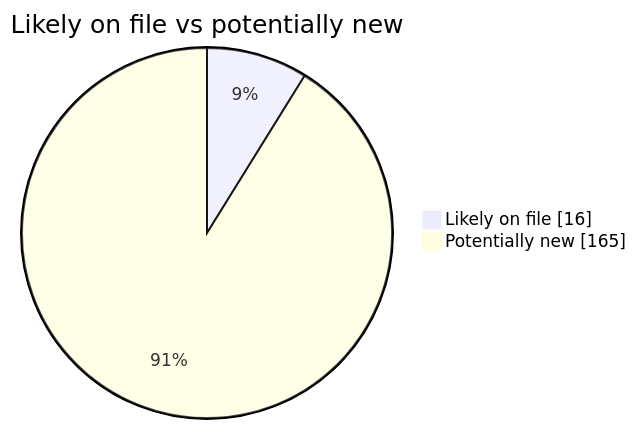
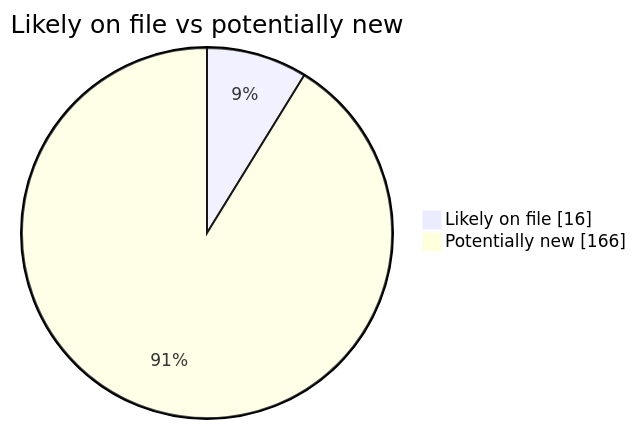
One commit to martinbalfanz/social-scanner-reports changed the second of 4 diagrams in README.md. Above: the diagram before and after it, drawn with Mermaid. The commit also changed other lines of this file and 2 other files, not shown here.

````diff
--- a/README.md
+++ b/README.md
@@ -40,5 +40,5 @@
 ```mermaid
 pie showData title Likely on file vs potentially new
     "Likely on file" : 16
-    "Potentially new" : 165
+    "Potentially new" : 166
 ```
````
